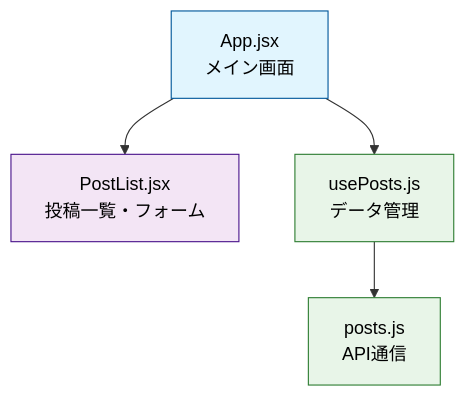
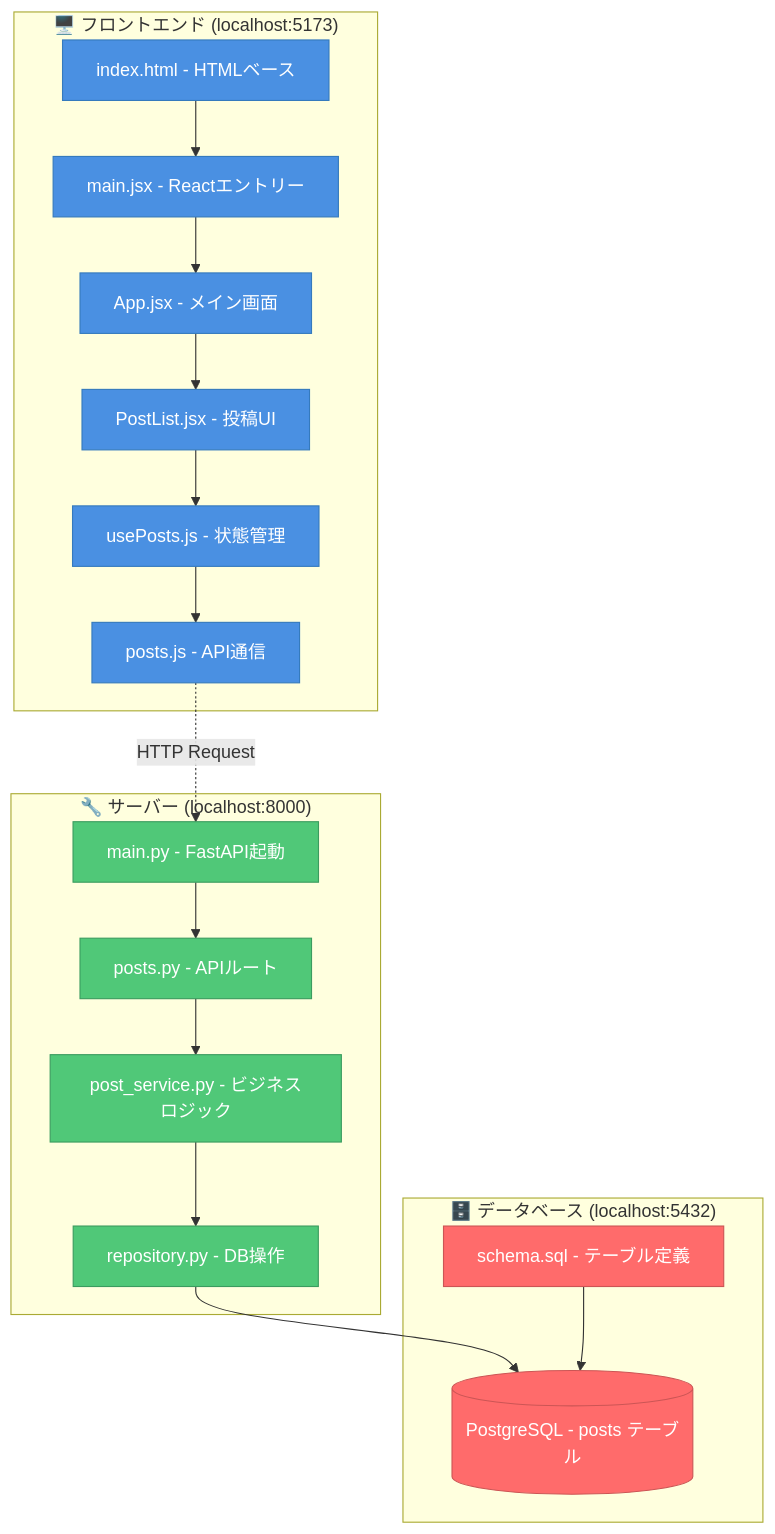
One commit to KITA-DS12/web-app-simple changed the first of 29 diagrams in lecture-materials.md. Above: the diagram before and after it, drawn with Mermaid. The commit also changed other lines of this file and 13 other files, not shown here.

First line of the commit message:
fix: Mermaidシンタックスエラーの修正とフロントエンド設計説明の完成

````diff
--- a/lecture-materials.md
+++ b/lecture-materials.md
@@ -91,14 +81,45 @@
 ```mermaid
-graph TD
-    A[App.jsx<br/>メイン画面] --> B[PostList.jsx<br/>投稿一覧・フォーム]
-    A --> C[usePosts.js<br/>データ管理]
-    C --> D[posts.js<br/>API通信]
+graph TB
+    subgraph "🖥️ フロントエンド (localhost:5173)"
+        HTML["index.html - HTMLベース"]
+        MAIN["main.jsx - Reactエントリー"]
+        APP["App.jsx - メイン画面"]
+        POST["PostList.jsx - 投稿UI"]
+        HOOK["usePosts.js - 状態管理"]
+        API["posts.js - API通信"]
+    end
+
+    subgraph "🔧 サーバー (localhost:8000)"
+        FASTAPI["main.py - FastAPI起動"]
+        ROUTE["posts.py - APIルート"]
+        SERVICE["post_service.py - ビジネスロジック"]
+        REPO["repository.py - DB操作"]
+    end
+
+    subgraph "🗄️ データベース (localhost:5432)"
+        DB[("PostgreSQL - posts テーブル")]
+        SCHEMA["schema.sql - テーブル定義"]
+    end
+
+    HTML --> MAIN
+    MAIN --> APP
+    APP --> POST
+    POST --> HOOK
+    HOOK --> API
     
-    classDef main fill:#e1f5fe,stroke:#01579b,color:#000
-    classDef component fill:#f3e5f5,stroke:#4a148c,color:#000
-    classDef logic fill:#e8f5e8,stroke:#2e7d32,color:#000
+    API -.->|HTTP Request| FASTAPI
+    FASTAPI --> ROUTE
+    ROUTE --> SERVICE
+    SERVICE --> REPO
+    REPO --> DB
     
-    class A main
-    class B component
-    class C,D logic
+    SCHEMA --> DB
+    
+    classDef frontend fill:#4A90E2,stroke:#357ABD,color:#FFFFFF
+    classDef backend fill:#50C878,stroke:#3B9C5F,color:#FFFFFF
+    classDef database fill:#FF6B6B,stroke:#CC5555,color:#FFFFFF
+    
+    class HTML,MAIN,APP,POST,HOOK,API frontend
+    class FASTAPI,ROUTE,SERVICE,REPO backend
+    class DB,SCHEMA database
 ```
````
